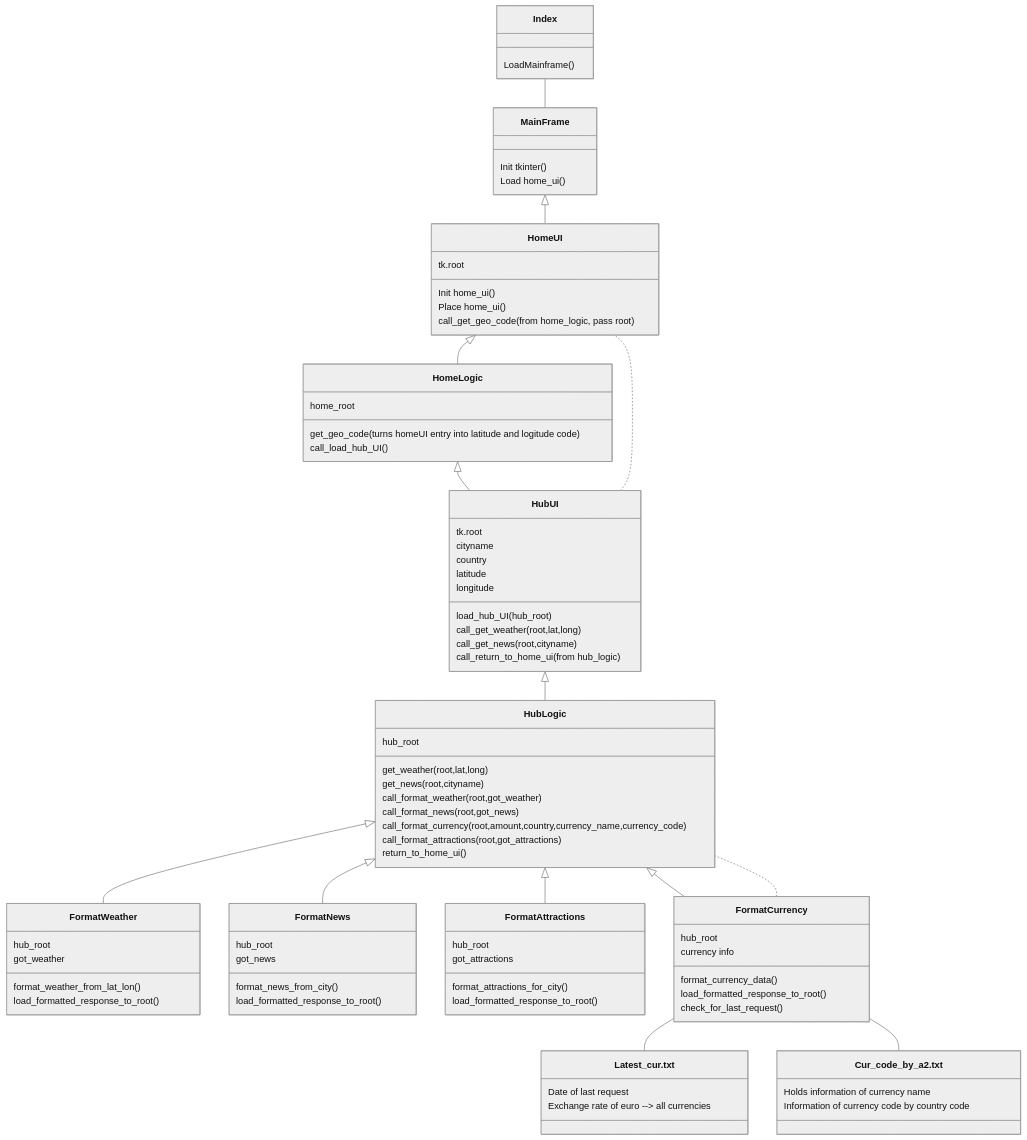
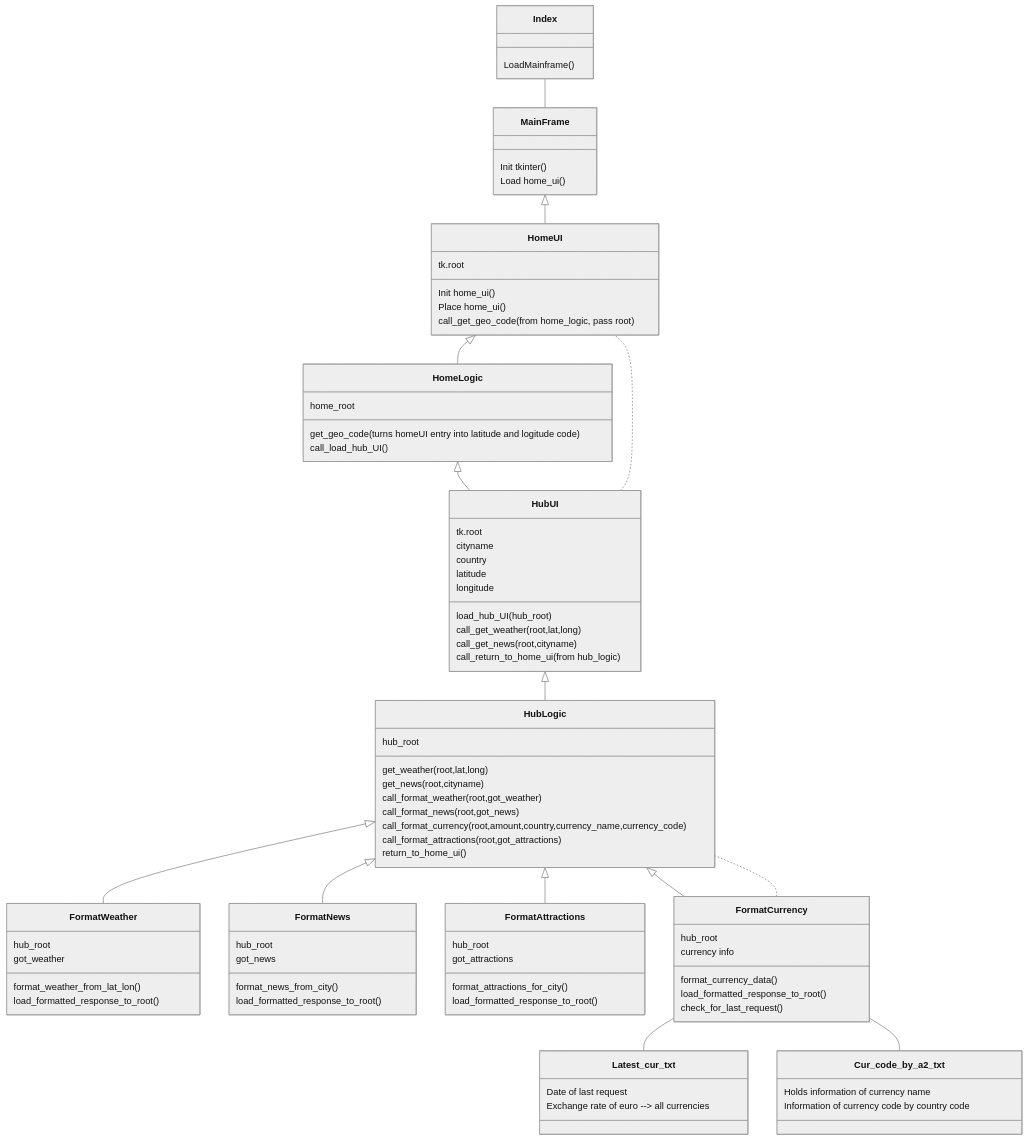
The diagram in dokumentaatio/arkkitehtuuri.md (kodtld/TravelHub), drawn with Mermaid (neutral theme) before and after one commit.

Commit message:
arkkitehtuuri päivitys

```diff
--- a/dokumentaatio/arkkitehtuuri.md
+++ b/dokumentaatio/arkkitehtuuri.md
@@ -12,8 +12,8 @@
       HubLogic <|-- FormatAttractions
       HubLogic <|-- FormatCurrency
       FormatCurrency .. HubLogic
-      FormatCurrency -- Latest_cur.txt
-      FormatCurrency -- Cur_code_by_a2.txt
+      FormatCurrency -- Latest_cur_txt
+      FormatCurrency -- Cur_code_by_a2_txt
 
        
       Index : LoadMainframe()
@@ -104,13 +104,13 @@
          }
 
      
-      class Latest_cur.txt{
+      class Latest_cur_txt{
            Date of last request
 	   Exchange rate of euro --> all currencies
 
          }
 
-      class Cur_code_by_a2.txt{
+      class Cur_code_by_a2_txt{
            Holds information of currency name
 	   Information of currency code by country code
 
```
